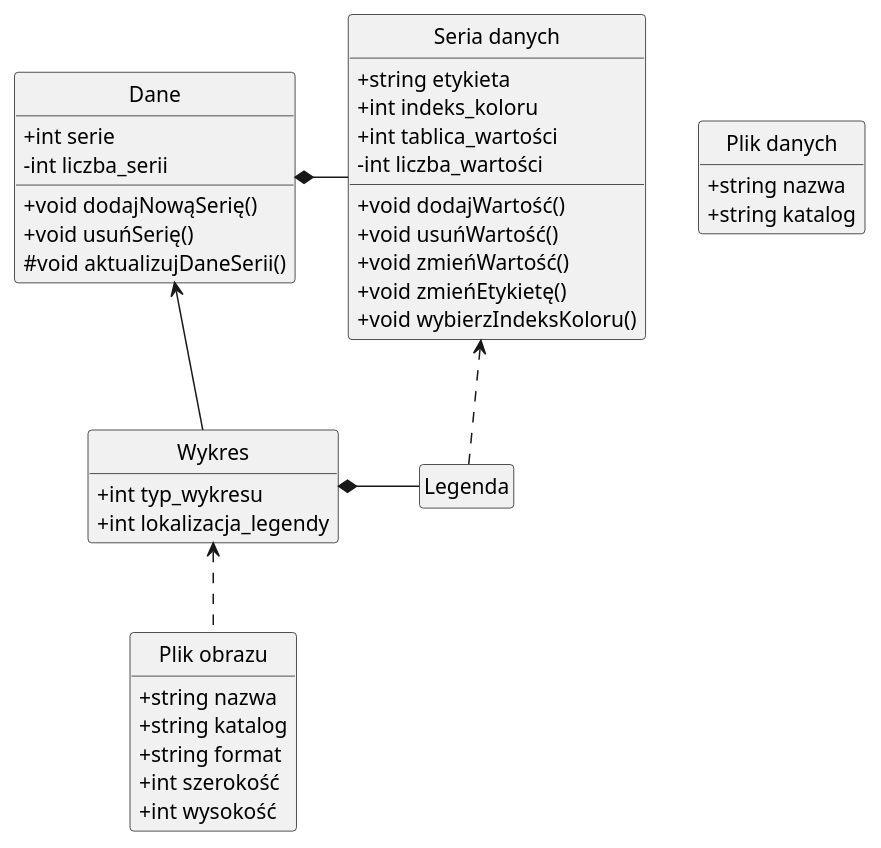
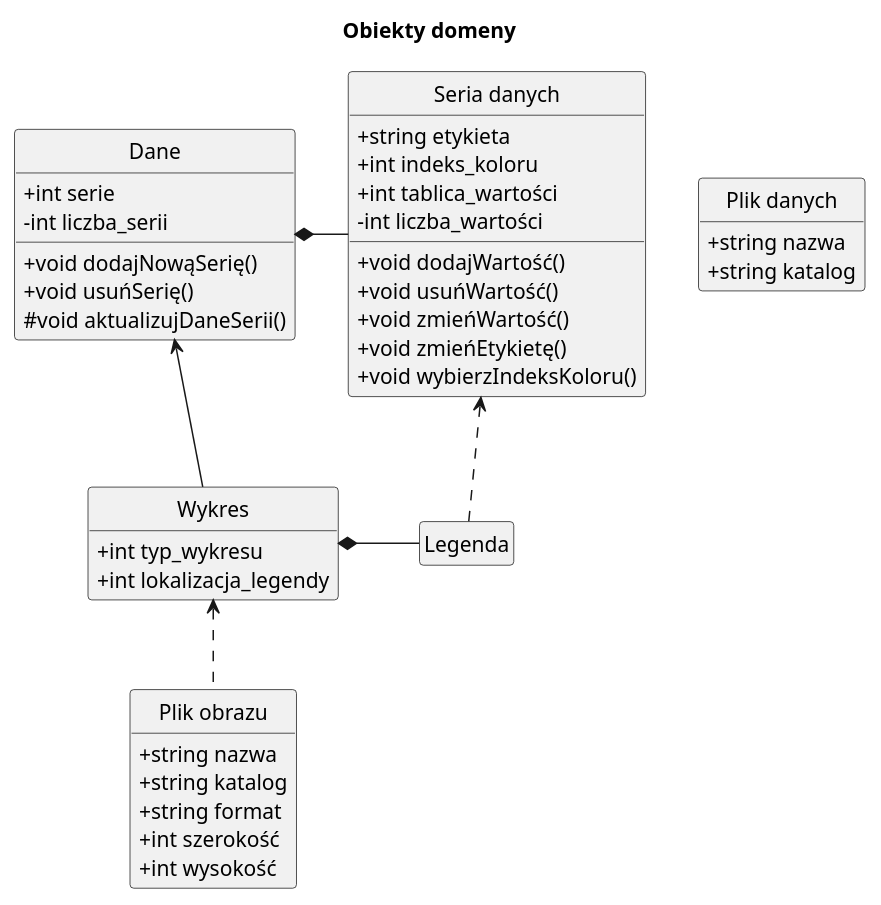
The diagram in src/ui/domain_objects.puml (resultfulness/pgui-uml), drawn with PlantUML before and after one commit. The commit also changed 9 other files, not shown here.

```diff
--- a/src/ui/domain_objects.puml
+++ b/src/ui/domain_objects.puml
@@ -1,53 +1,55 @@
 @startuml
 skinparam classAttributeIconSize 0
 hide empty members
 hide circle
+
+title Obiekty domeny
 
 class Dane {
     +int serie
     -int liczba_serii
 
     +void dodajNowąSerię()
     +void usuńSerię()
     #void aktualizujDaneSerii()
 }
 
 class "Seria danych" as series {
     +string etykieta
     +int indeks_koloru
     +int tablica_wartości
     -int liczba_wartości
 
     +void dodajWartość()
     +void usuńWartość()
     +void zmieńWartość()
     +void zmieńEtykietę()
     +void wybierzIndeksKoloru()
 }
 
 class "Plik danych" as data_file {
     +string nazwa
     +string katalog
 }
 class "Plik obrazu" as img_file {
     +string nazwa
     +string katalog
     +string format
     +int szerokość
     +int wysokość
 }
 
 class Wykres {
     +int typ_wykresu
     +int lokalizacja_legendy
 }
 
 class Legenda {}
 
 Dane *- series
 Wykres -u-> Dane
 Wykres *- Legenda
 Legenda .u.> series
 
 img_file .u.> Wykres
 @enduml
```
